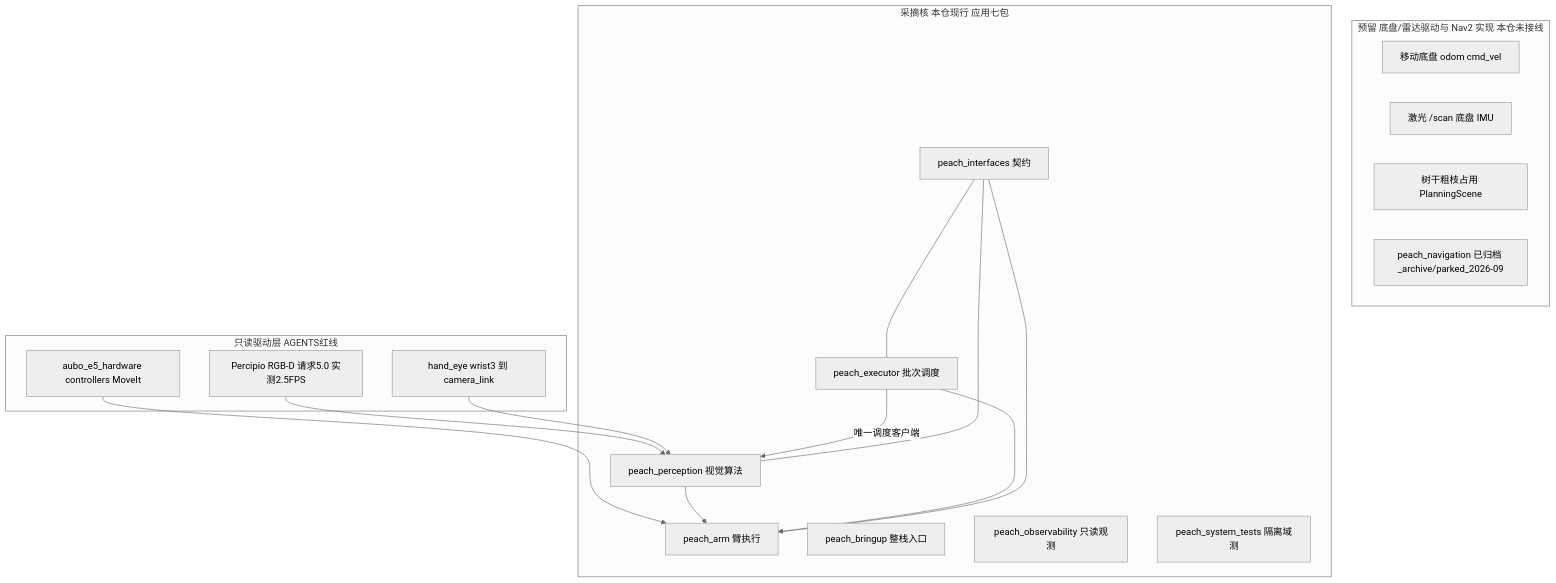
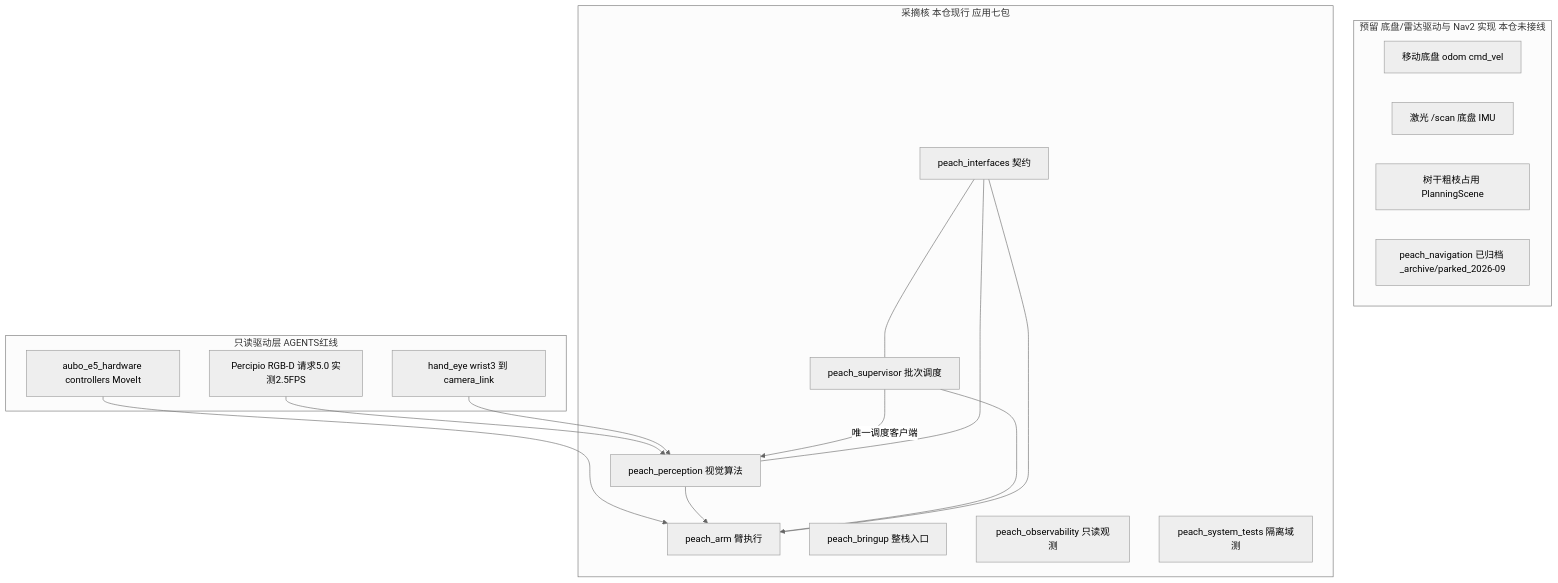
Before and after one commit to MUHAN11-c/aubo_boot: the fourth of 15 diagrams in docs/architecture.md, drawn with Mermaid (neutral theme). The commit also changed other lines of this file and 36 other files, not shown here.

First line of the commit message:
refactor(peach): 阶段6-3 节点改名 peach_executor→peach_supervisor（图名波）

````diff
--- a/docs/architecture.md
+++ b/docs/architecture.md
@@ -173,32 +173,32 @@
 ```mermaid
 flowchart TB
   subgraph reserved ["预留 底盘/雷达驱动与 Nav2 实现 本仓未接线"]
     chassis["移动底盘 odom cmd_vel"]
     lidar["激光 /scan 底盘 IMU"]
     occ["树干粗枝占用 PlanningScene"]
     navpark["peach_navigation 已归档 _archive/parked_2026-09"]
   end
   subgraph core ["采摘核 本仓现行 应用七包"]
     iface["peach_interfaces 契约"]
     perc["peach_perception 视觉算法"]
     skills["peach_arm 臂执行"]
-    exe["peach_executor 批次调度"]
+    exe["peach_supervisor 批次调度"]
     bringup["peach_bringup 整栈入口"]
     obs["peach_observability 只读观测"]
     systest["peach_system_tests 隔离域测"]
   end
   subgraph hw ["只读驱动层 AGENTS红线"]
     cam["Percipio RGB-D 请求5.0 实测2.5FPS"]
     arm["aubo_e5_hardware controllers MoveIt"]
     eye["hand_eye wrist3 到 camera_link"]
   end
   cam --> perc
   eye --> perc
   arm --> skills
   perc --> skills
   exe -->|"唯一调度客户端"| perc
   exe --> skills
   iface --- perc
   iface --- skills
   iface --- exe
 ```
````
